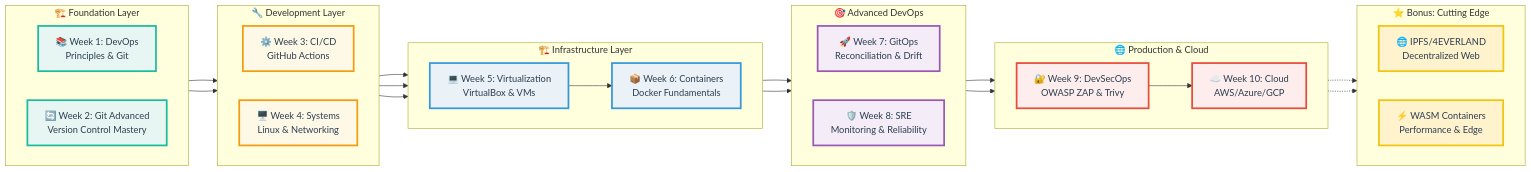
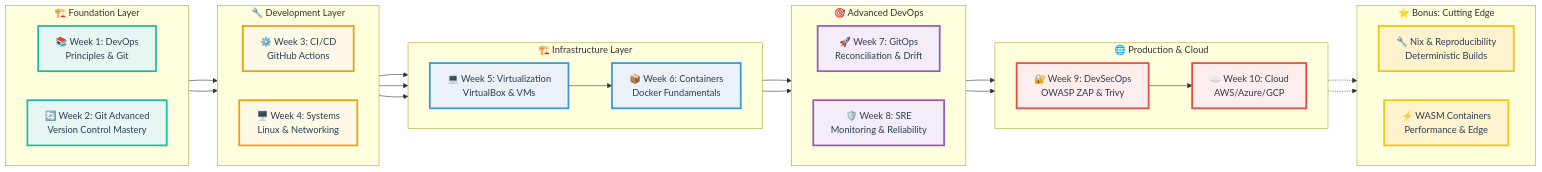
The second of 3 diagrams in README.md (kicchhi/DevOps-Intro), drawn with Mermaid before and after one commit. The commit also changed other lines of this file and 1 other file, not shown here.

Commit message:
Replace IPFS with Nix

````diff
--- a/README.md
+++ b/README.md
@@ -458,66 +458,66 @@
 ```mermaid
 flowchart LR
     subgraph "🌐 Production & Cloud"
         direction LR
         I[🔐 Week 9: DevSecOps<br/>OWASP ZAP & Trivy]
         J[☁️ Week 10: Cloud<br/>AWS/Azure/GCP]
     end
     
     subgraph "⭐ Bonus: Cutting Edge"
         direction LR
-        K[🌐 IPFS/4EVERLAND<br/>Decentralized Web]
+        K[🔧 Nix & Reproducibility<br/>Deterministic Builds]
         L[⚡ WASM Containers<br/>Performance & Edge]
     end
     
     subgraph "🎯 Advanced DevOps"
         direction LR
         G[🚀 Week 7: GitOps<br/>Reconciliation & Drift]
         H[🛡️ Week 8: SRE<br/>Monitoring & Reliability]
     end
     
     subgraph "🏗️ Infrastructure Layer"
         direction LR
         E[💻 Week 5: Virtualization<br/>VirtualBox & VMs]
         F[📦 Week 6: Containers<br/>Docker Fundamentals]
     end
     
     subgraph "🔧 Development Layer"
         direction LR
         C[⚙️ Week 3: CI/CD<br/>GitHub Actions]
         D[🖥️ Week 4: Systems<br/>Linux & Networking]
     end
     
     subgraph "🏗️ Foundation Layer"
         direction LR
         A[📚 Week 1: DevOps<br/>Principles & Git]
         B[🔄 Week 2: Git Advanced<br/>Version Control Mastery]
     end
     
     A --> C
     B --> C
     C --> E
     D --> E
     D --> F
     E --> F
     F --> G
     F --> H
     G --> I
     H --> I
     I --> J
     J -.-> K
     J -.-> L
     
     classDef foundation fill:#e8f6f3,stroke:#1abc9c,stroke-width:3px,color:#2c3e50
     classDef development fill:#fef9e7,stroke:#f39c12,stroke-width:3px,color:#2c3e50
     classDef infrastructure fill:#eaf2f8,stroke:#3498db,stroke-width:3px,color:#2c3e50
     classDef advanced fill:#f4ecf7,stroke:#9b59b6,stroke-width:3px,color:#2c3e50
     classDef production fill:#fdedec,stroke:#e74c3c,stroke-width:3px,color:#2c3e50
     classDef bonus fill:#fff3cd,stroke:#f1c40f,stroke-width:3px,color:#2c3e50
     
     class A,B foundation
     class C,D development
     class E,F infrastructure
     class G,H advanced
     class I,J production
     class K,L bonus
 ```
````
